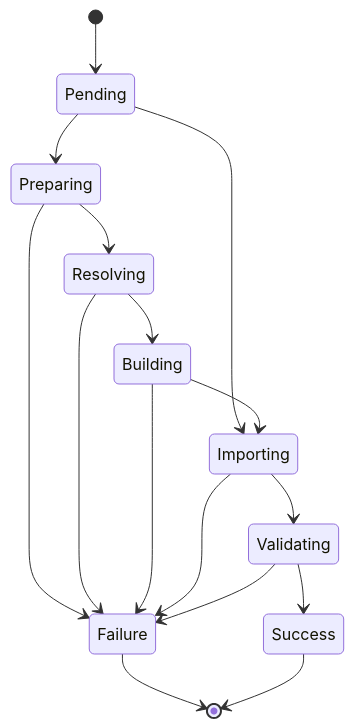
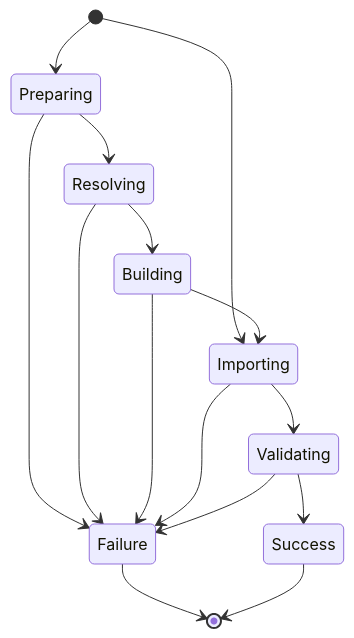
One commit to thoth-station/opendatahub-cnbi changed the fourth of 6 diagrams in README.md. Above: the diagram before and after it, drawn with Mermaid. The commit also changed other lines of this file, not shown here.

````diff
--- a/README.md
+++ b/README.md
@@ -95,19 +128,18 @@
 ```mermaid
 stateDiagram-v2
-    [*] --> Pending
+    [*] --> Preparing
+    [*] --> Importing
     Failure --> [*]
 
-    Pending --> Preparing
-    Pending --> Importing
     Preparing --> Resolving
     Preparing --> Failure
     Resolving --> Building
     Resolving --> Failure
     Building --> Failure
     Building --> Importing
     Importing --> Validating
     Importing --> Failure
     Validating --> Success
     Validating --> Failure
     Success --> [*]
 ```
````
